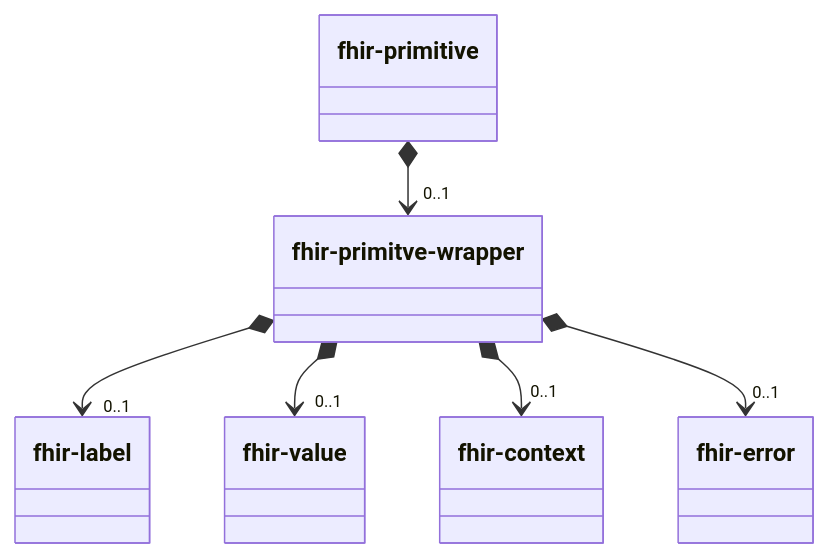
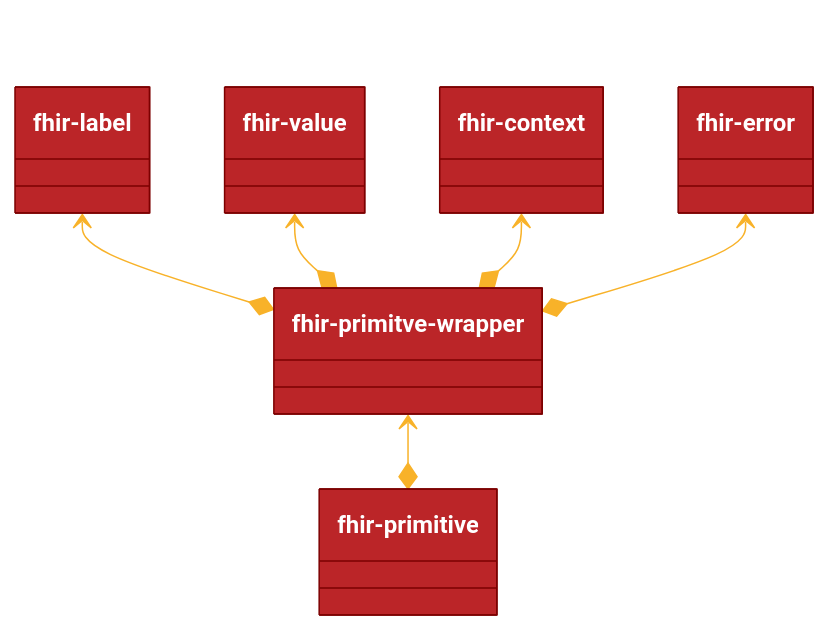
One commit to zenwork/fhir-beacon changed the fifth of 5 diagrams in packages/library/docs/model.md. Above: the diagram before and after it, drawn with Mermaid. The commit also changed other lines of this file and 204 other files, not shown here.

````diff
--- a/packages/library/docs/model.md
+++ b/packages/library/docs/model.md
@@ -19,8 +243,28 @@
 ```mermaid
+---
+title: FHIR Primitive Element Model
+config:
+  theme: neutral
+---
+%%{
+  init: {
+    'theme': 'base',
+    'themeVariables': {
+          'lineColor': 'blue',
+          'primaryColor': '#BB2528',
+          'primaryTextColor': '#fff',
+          'primaryBorderColor': '#7C0000',
+          'lineColor': '#F8B229',
+          'secondaryColor': '#006100',
+          'tertiaryColor': '#fff'
+    }
+  }
+}%%
 classDiagram
+    direction BT
     fhir-primitive *--> "0..1" fhir-primitve-wrapper
     fhir-primitve-wrapper *--> "0..1" fhir-label
     fhir-primitve-wrapper *--> "0..1" fhir-value
     fhir-primitve-wrapper *--> "0..1" fhir-context
     fhir-primitve-wrapper *--> "0..1" fhir-error
 ```
````
